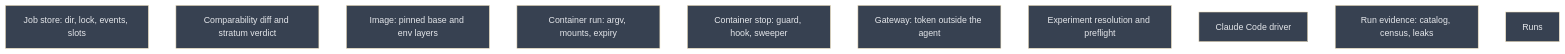
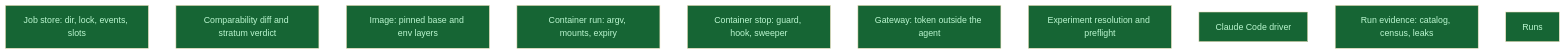
Before and after one commit to CrackingShells/Candler: the diagram in __roadmap__/m2b-execution-parity/README.md, drawn with Mermaid (base theme). The commit also changed other lines of this file and 7 other files, not shown here.

````diff
--- a/__roadmap__/m2b-execution-parity/README.md
+++ b/__roadmap__/m2b-execution-parity/README.md
@@ -155,18 +155,18 @@
 ```mermaid
 graph TD
-    job_store[Job store: dir, lock, events, slots]:::planned
-    comparability[Comparability diff and stratum verdict]:::planned
-    image[Image: pinned base and env layers]:::planned
-    container_run[Container run: argv, mounts, expiry]:::planned
-    container_stop[Container stop: guard, hook, sweeper]:::planned
-    gateway[Gateway: token outside the agent]:::planned
-    experiment_resolution[Experiment resolution and preflight]:::planned
-    claude_code_driver[Claude Code driver]:::planned
-    run_evidence[Run evidence: catalog, census, leaks]:::planned
-    runs[Runs]:::planned
+    job_store[Job store: dir, lock, events, slots]:::done
+    comparability[Comparability diff and stratum verdict]:::done
+    image[Image: pinned base and env layers]:::done
+    container_run[Container run: argv, mounts, expiry]:::done
+    container_stop[Container stop: guard, hook, sweeper]:::done
+    gateway[Gateway: token outside the agent]:::done
+    experiment_resolution[Experiment resolution and preflight]:::done
+    claude_code_driver[Claude Code driver]:::done
+    run_evidence[Run evidence: catalog, census, leaks]:::done
+    runs[Runs]:::done
     classDef done       fill:#166534,color:#bbf7d0
     classDef inprogress fill:#854d0e,color:#fef08a
     classDef planned    fill:#374151,color:#e5e7eb
     classDef amendment  fill:#1e3a5f,color:#bfdbfe
     classDef blocked    fill:#7f1d1d,color:#fecaca
 ```
````
